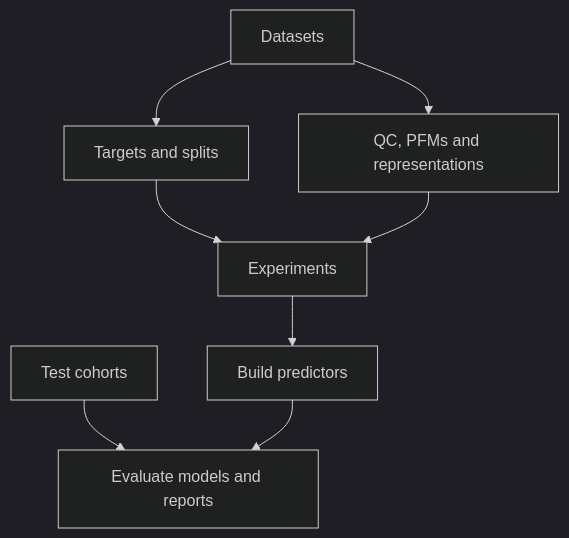
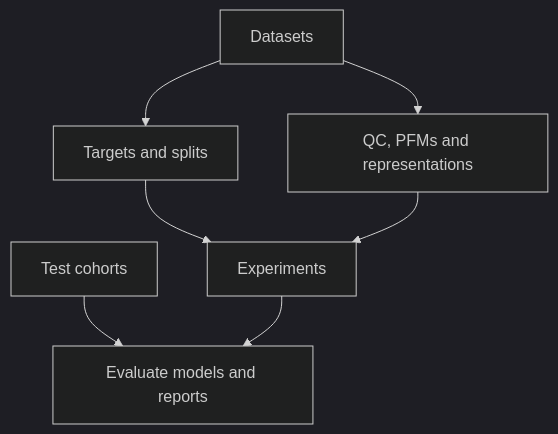
One commit to Lyce24/HistoPilot changed the first of 2 diagrams in README.md. Above: the diagram before and after it, drawn with Mermaid (dark theme). The commit also changed other lines of this file and 79 other files, not shown here.

Commit message:
Integrate predictor creation into experiments and simplify evaluation flow

````diff
--- a/README.md
+++ b/README.md
@@ -249,10 +248,9 @@
 ```mermaid
 flowchart TD
     D[Datasets] --> P[Targets and splits]
     D --> F[QC, PFMs and representations]
     P --> M[Experiments]
     F --> M
-    M --> Q[Build predictors]
     T[Test cohorts] --> E[Evaluate models and reports]
-    Q --> E
+    M --> E
 ```
````
